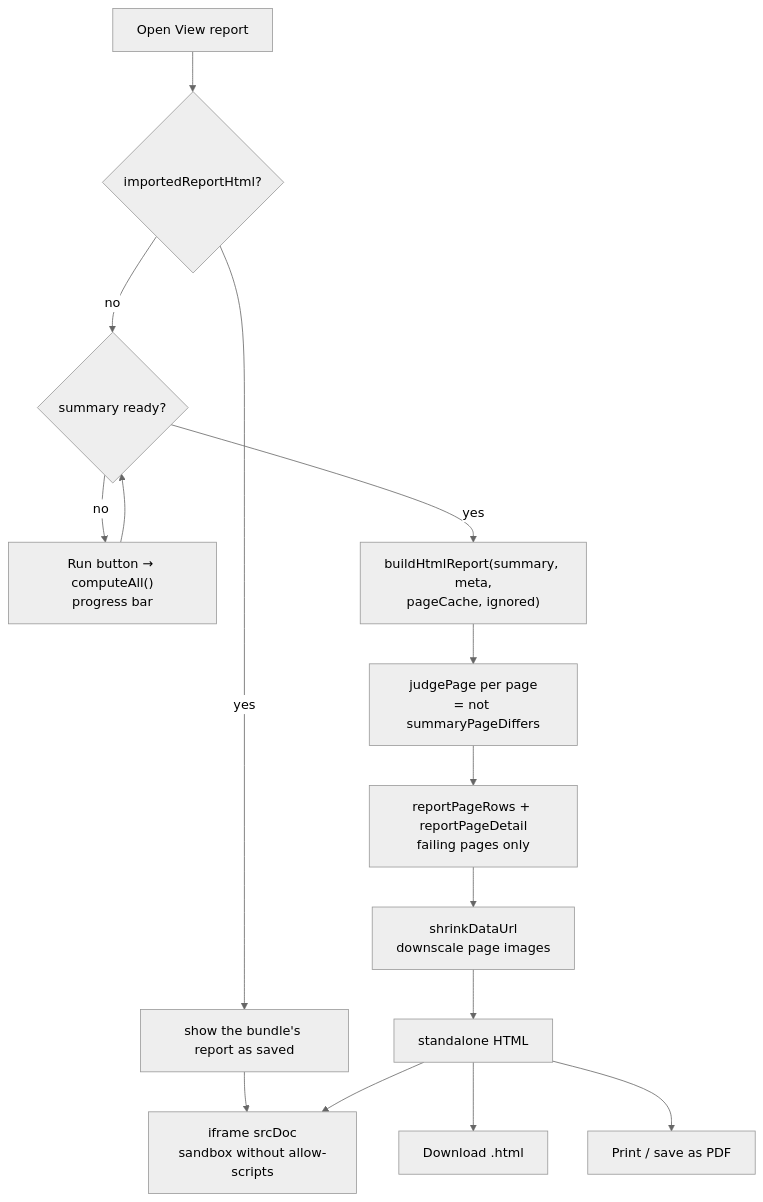
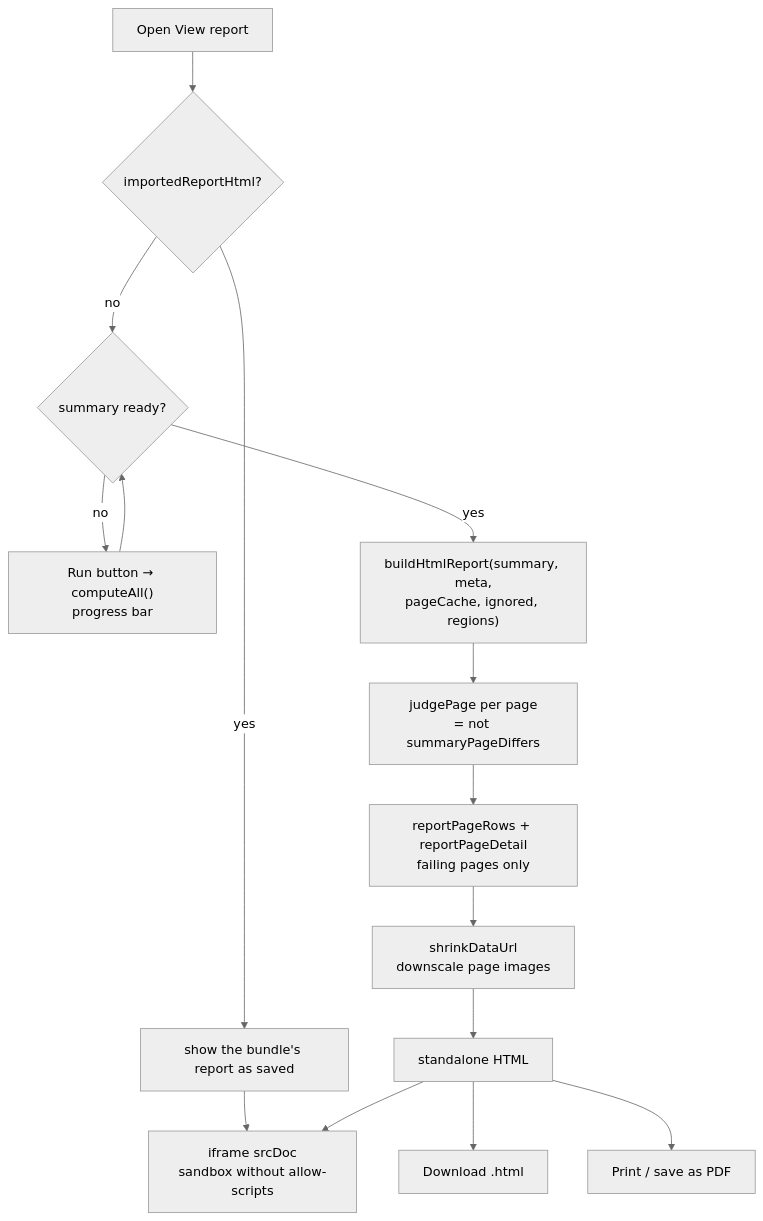
One commit to arpitarya/pdf-testing-suite changed the eighth of 25 diagrams in docs/ARCHITECTURE.md. Above: the diagram before and after it, drawn with Mermaid (neutral theme). The commit also changed other lines of this file and 157 other files, not shown here.

````diff
--- a/docs/ARCHITECTURE.md
+++ b/docs/ARCHITECTURE.md
@@ -288,16 +308,16 @@
 ```mermaid
 flowchart TB
   OPEN["Open View report"] --> IMP{"importedReportHtml?"}
   IMP -->|yes| SHOW["show the bundle's report as saved"]
   IMP -->|no| SUM{"summary ready?"}
   SUM -->|no| RUN["Run button → computeAll()<br/>progress bar"] --> SUM
-  SUM -->|yes| BH["buildHtmlReport(summary, meta,<br/>pageCache, ignored)"]
+  SUM -->|yes| BH["buildHtmlReport(summary, meta,<br/>pageCache, ignored, regions)"]
   BH --> JP["judgePage per page<br/>= not summaryPageDiffers"]
   JP --> RP["reportPageRows + reportPageDetail<br/>failing pages only"]
   RP --> SH["shrinkDataUrl<br/>downscale page images"]
   SH --> HTML["standalone HTML"]
   SHOW --> IF
   HTML --> IF["iframe srcDoc<br/>sandbox without allow-scripts"]
   HTML --> DL["Download .html"]
   HTML --> PR["Print / save as PDF"]
 ```
````
